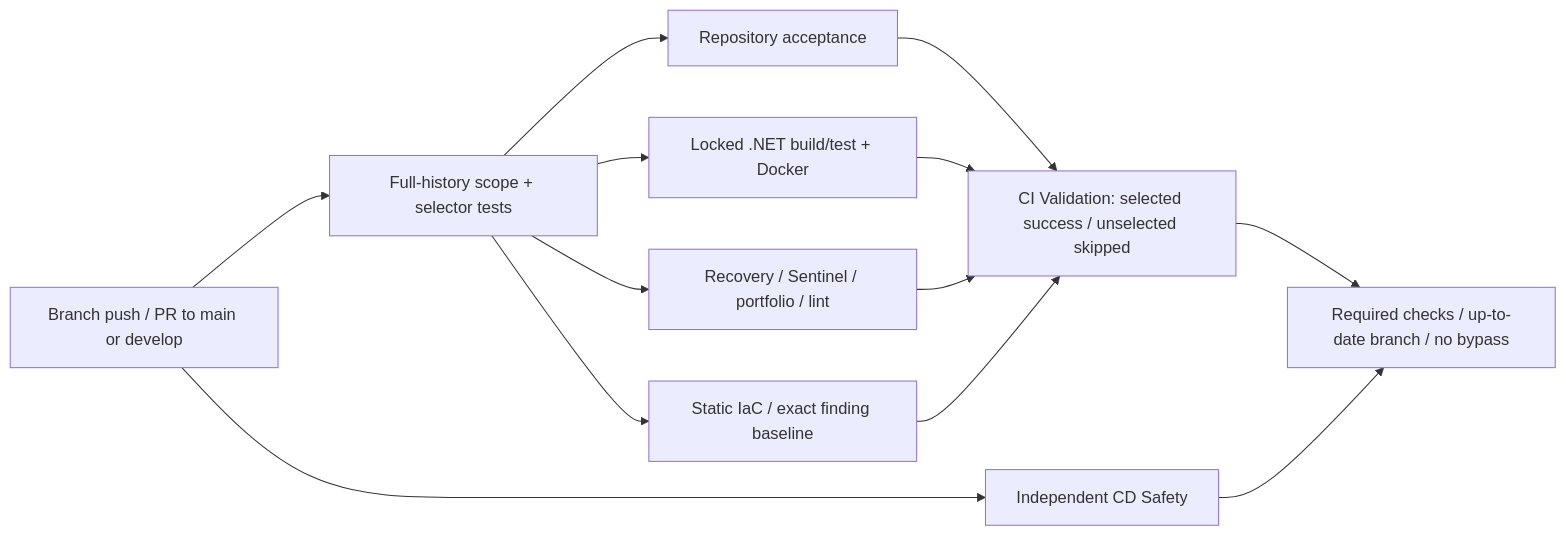
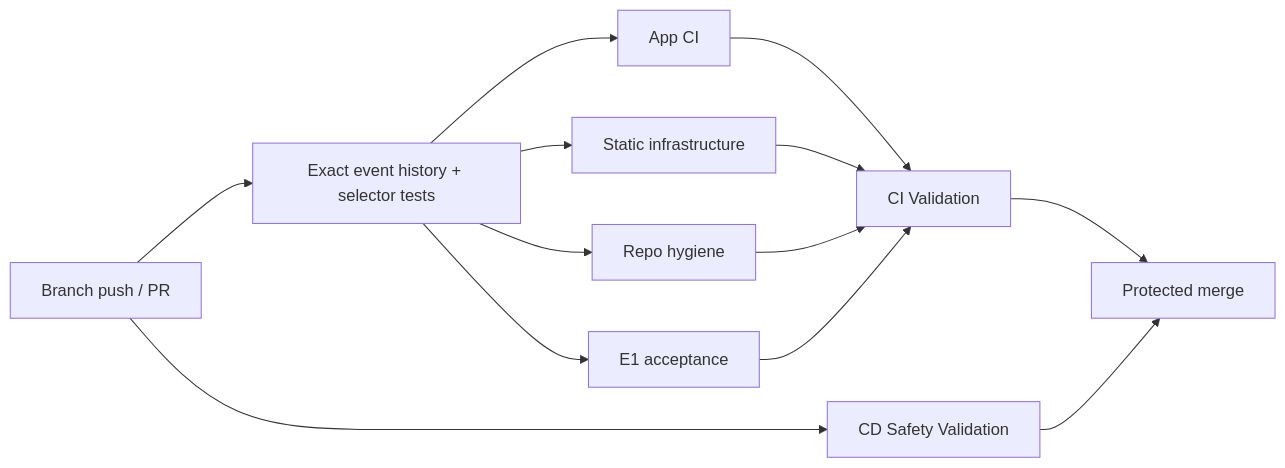
The diagram in docs/CI-CD-REVIEW.md (Kendall04/terragrunt_demo), drawn with Mermaid before and after one commit. The commit also changed other lines of this file and 57 other files, not shown here.

````diff
--- a/docs/CI-CD-REVIEW.md
+++ b/docs/CI-CD-REVIEW.md
@@ -27,15 +23,15 @@
 ```mermaid
 flowchart LR
-  Event[Branch push / PR to main or develop] --> Detect[Full-history scope + selector tests]
-  Detect --> Acceptance[Repository acceptance]
-  Detect --> App[Locked .NET build/test + Docker]
-  Detect --> Hygiene[Recovery / Sentinel / portfolio / lint]
-  Detect --> Infra[Static IaC / exact finding baseline]
-  Acceptance --> Result[CI Validation: selected success / unselected skipped]
-  App --> Result
-  Hygiene --> Result
-  Infra --> Result
-  Event --> Safety[Independent CD Safety]
-  Result --> Merge[Required checks / up-to-date branch / no bypass]
-  Safety --> Merge
+  E[Branch push / PR] --> S[Exact event history + selector tests]
+  S --> A[App CI]
+  S --> I[Static infrastructure]
+  S --> H[Repo hygiene]
+  S --> C[E1 acceptance]
+  A --> R[CI Validation]
+  I --> R
+  H --> R
+  C --> R
+  E --> D[CD Safety Validation]
+  R --> M[Protected merge]
+  D --> M
 ```
````
